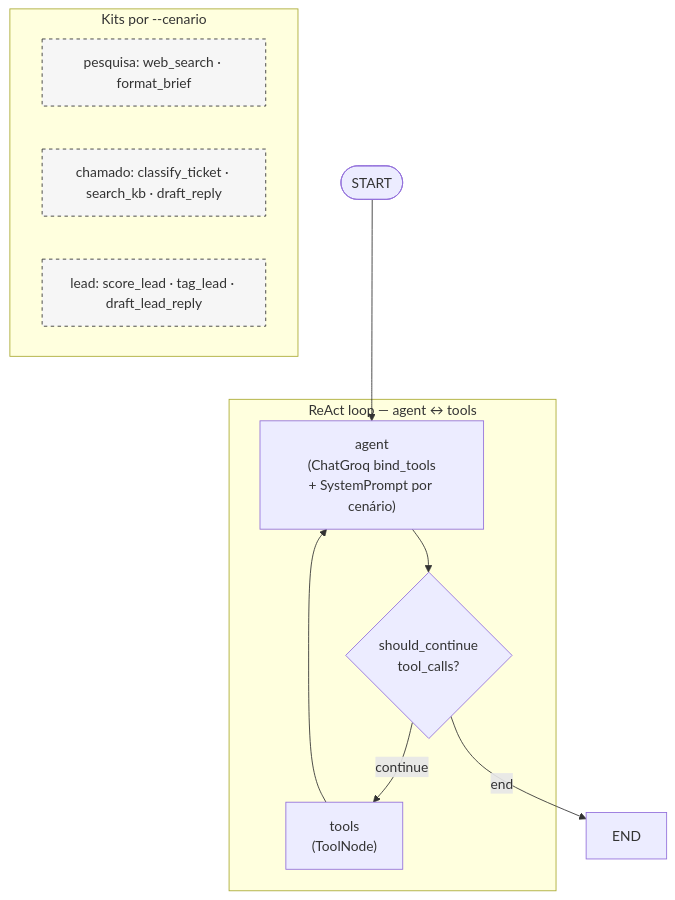
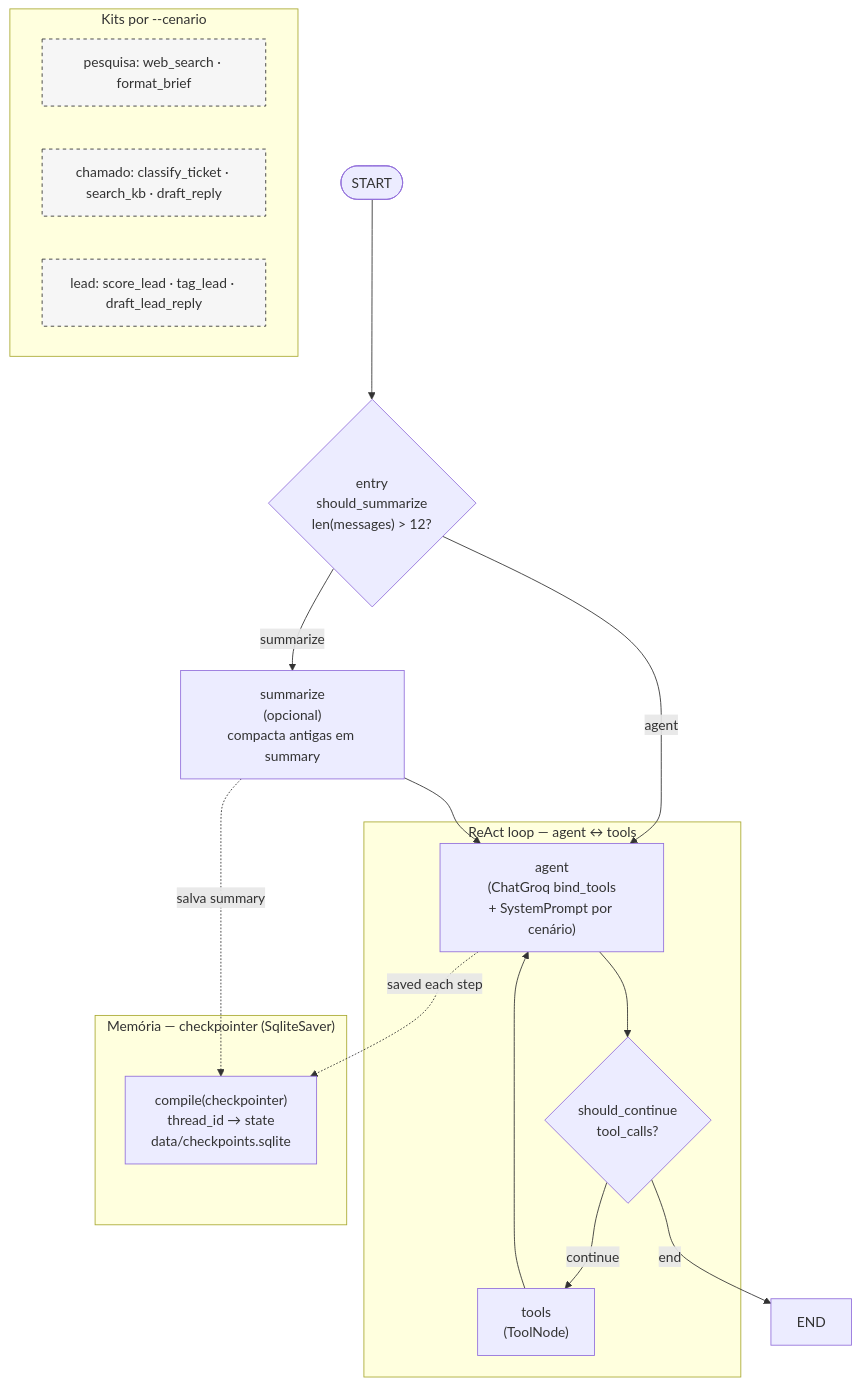
The diagram in diagrams/graph.mmd (kinishii1111/toolsmith), drawn with Mermaid before and after one commit. The commit also changed 3 other files, not shown here.

Commit message:
docs(r3): recall por thread_id — README, sessions A/B, diagrama summarize

```diff
--- a/diagrams/graph.mmd
+++ b/diagrams/graph.mmd
@@ -1,26 +1,36 @@
 %% ToolSmith — Plantão de fatos — 3 plantões, 1 motor
-%% StateGraph: AgentState { messages: Annotated[list, add_messages] }
+%% StateGraph: AgentState { messages: Annotated[list, add_messages], summary: str }
 %% Referência: LangGraph quickstart + template langchain-ai/react-agent
 flowchart TD
-    START([START]) --> agent
+    START([START]) --> entry{"entry<br/>should_summarize<br/>len(messages) > 12?"}
+    entry -->|summarize| summarize["summarize<br/>(opcional)<br/>compacta antigas em summary"]
+    entry -->|agent| agent
+    summarize --> agent
 
     subgraph loop["ReAct loop — agent ↔ tools"]
         agent["agent<br/>(ChatGroq bind_tools<br/>+ SystemPrompt por cenário)"]
         should_continue{"should_continue<br/>tool_calls?"}
         tools["tools<br/>(ToolNode)"]
         agent --> should_continue
         should_continue -->|continue| tools
         tools --> agent
     end
 
     should_continue -->|end| END
 
+    %% Memória por thread_id (SqliteSaver) — recall entre sessões
+    subgraph mem["Memória — checkpointer (SqliteSaver)"]
+        cp["compile(checkpointer)<br/>thread_id → state<br/>data/checkpoints.sqlite"]
+    end
+    agent -.saved each step.-> cp
+    summarize -.salva summary.-> cp
+
     classDef kit fill:#f6f6f6,stroke:#333,stroke-dasharray: 4 4
     subgraph kits["Kits por --cenario"]
         pesquisa["pesquisa: web_search · format_brief"]
         chamado["chamado: classify_ticket · search_kb · draft_reply"]
         lead["lead: score_lead · tag_lead · draft_lead_reply"]
     end
     class pesquisa,lead,chamado kit
 
     %% Mensagem inicial: HumanMessage(pergunta) -> invoke {messages:[...]} recursion_limit 20
```
